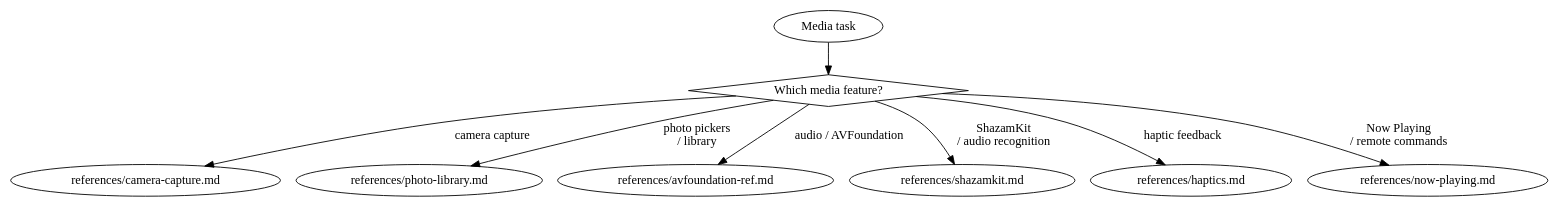
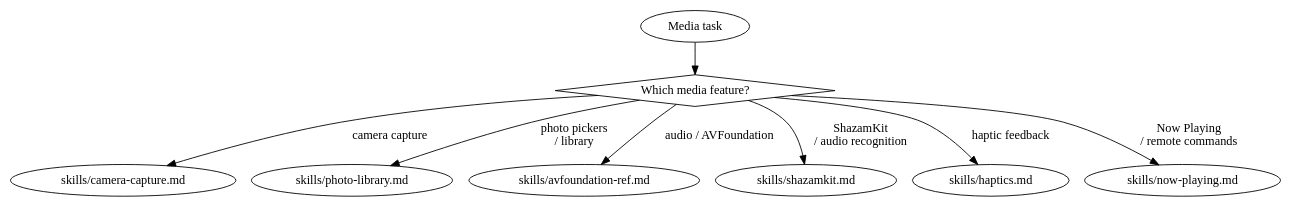
One commit to CharlesWiltgen/Axiom changed the diagram in .claude-plugin/plugins/axiom/skills/axiom-media/SKILL.md. Above: the diagram before and after it, drawn with Graphviz. The commit also changed other lines of this file and 266 other files, not shown here.

First line of the commit message:
refactor(skills): rename references/ to skills/ across all suites

````diff
--- a/.claude-plugin/plugins/axiom/skills/axiom-media/SKILL.md
+++ b/.claude-plugin/plugins/axiom/skills/axiom-media/SKILL.md
@@ -30,14 +30,14 @@
 ```dot
 digraph media {
     start [label="Media task" shape=ellipse];
     what [label="Which media feature?" shape=diamond];
 
     start -> what;
-    what -> "references/camera-capture.md" [label="camera capture"];
-    what -> "references/photo-library.md" [label="photo pickers\n/ library"];
-    what -> "references/avfoundation-ref.md" [label="audio / AVFoundation"];
-    what -> "references/shazamkit.md" [label="ShazamKit\n/ audio recognition"];
-    what -> "references/haptics.md" [label="haptic feedback"];
-    what -> "references/now-playing.md" [label="Now Playing\n/ remote commands"];
+    what -> "skills/camera-capture.md" [label="camera capture"];
+    what -> "skills/photo-library.md" [label="photo pickers\n/ library"];
+    what -> "skills/avfoundation-ref.md" [label="audio / AVFoundation"];
+    what -> "skills/shazamkit.md" [label="ShazamKit\n/ audio recognition"];
+    what -> "skills/haptics.md" [label="haptic feedback"];
+    what -> "skills/now-playing.md" [label="Now Playing\n/ remote commands"];
 }
 ```
````
